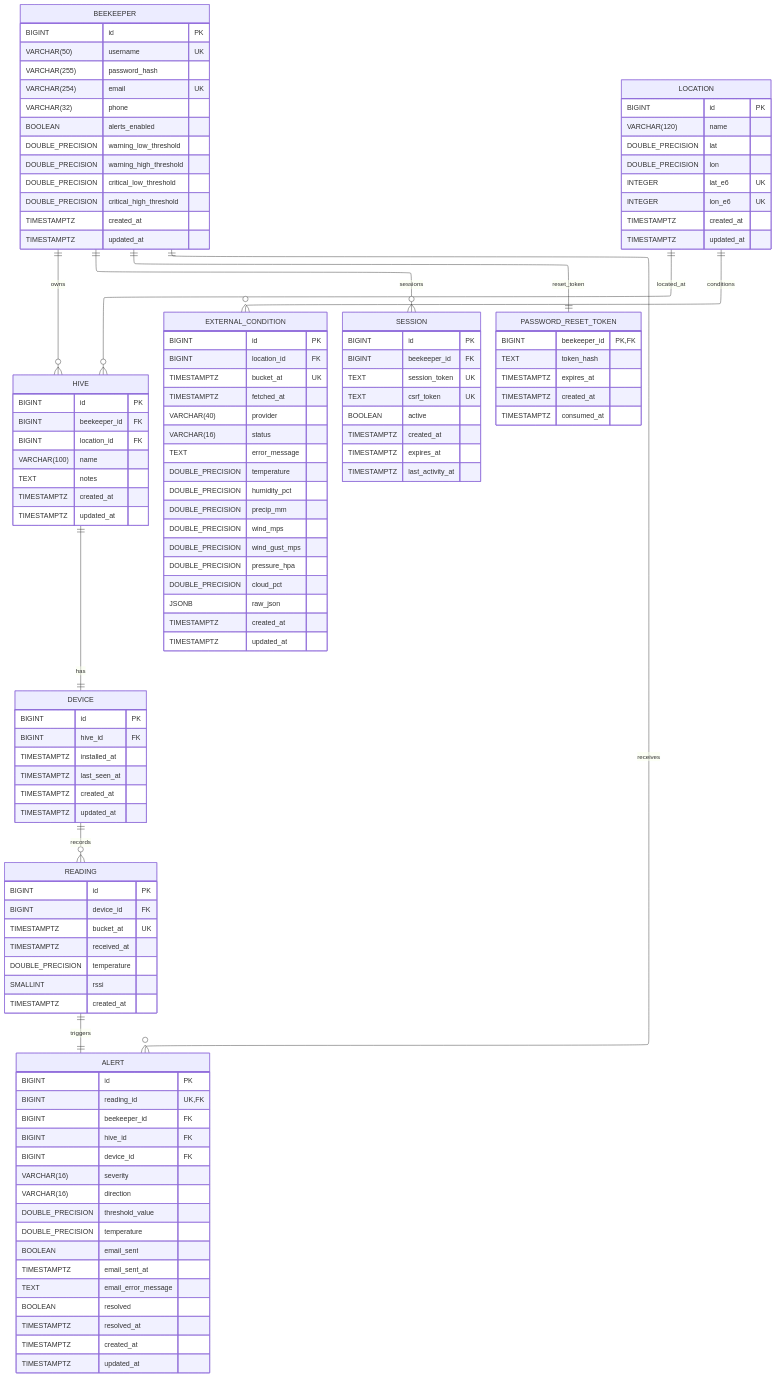
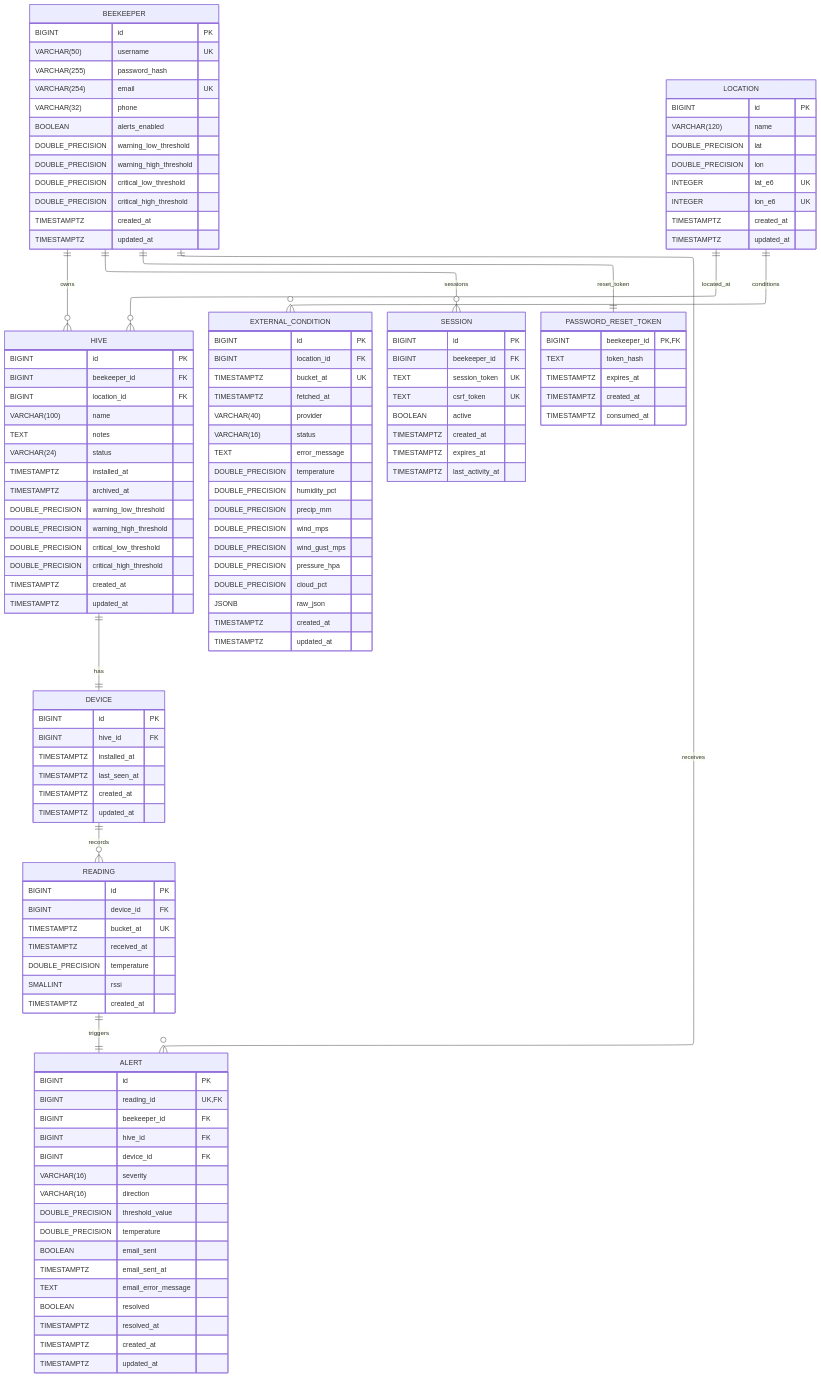
The diagram in backend/docs/er_diagram.mmd (austinjclifton/BeeKeepr), drawn with Mermaid before and after one commit. The commit also changed 104 other files, not shown here.

```diff
--- a/backend/docs/er_diagram.mmd
+++ b/backend/docs/er_diagram.mmd
@@ -1,128 +1,135 @@
 ---
 config:
   layout: elk
 ---
 erDiagram
 
   BEEKEEPER {
     BIGINT id PK
     VARCHAR(50) username UK
     VARCHAR(255) password_hash
     VARCHAR(254) email UK
     VARCHAR(32) phone
     BOOLEAN alerts_enabled
     DOUBLE_PRECISION warning_low_threshold
     DOUBLE_PRECISION warning_high_threshold
     DOUBLE_PRECISION critical_low_threshold
     DOUBLE_PRECISION critical_high_threshold
     TIMESTAMPTZ created_at
     TIMESTAMPTZ updated_at
   }
   ALERT {
     BIGINT id PK
     BIGINT reading_id UK, FK
     BIGINT beekeeper_id FK
     BIGINT hive_id FK
     BIGINT device_id FK
     VARCHAR(16) severity
     VARCHAR(16) direction
     DOUBLE_PRECISION threshold_value
     DOUBLE_PRECISION temperature
     BOOLEAN email_sent
     TIMESTAMPTZ email_sent_at
     TEXT email_error_message
     BOOLEAN resolved
     TIMESTAMPTZ resolved_at
     TIMESTAMPTZ created_at
     TIMESTAMPTZ updated_at
   }
 
   LOCATION {
     BIGINT id PK
     VARCHAR(120) name
     DOUBLE_PRECISION lat
     DOUBLE_PRECISION lon
     INTEGER lat_e6 UK
     INTEGER lon_e6 UK
     TIMESTAMPTZ created_at
     TIMESTAMPTZ updated_at
   }
 
   HIVE {
     BIGINT id PK
     BIGINT beekeeper_id FK
     BIGINT location_id FK
     VARCHAR(100) name
     TEXT notes
+    VARCHAR(24) status
+    TIMESTAMPTZ installed_at
+    TIMESTAMPTZ archived_at
+    DOUBLE_PRECISION warning_low_threshold
+    DOUBLE_PRECISION warning_high_threshold
+    DOUBLE_PRECISION critical_low_threshold
+    DOUBLE_PRECISION critical_high_threshold
     TIMESTAMPTZ created_at
     TIMESTAMPTZ updated_at
   }
 
   DEVICE {
     BIGINT id PK
     BIGINT hive_id FK
     TIMESTAMPTZ installed_at
     TIMESTAMPTZ last_seen_at
     TIMESTAMPTZ created_at
     TIMESTAMPTZ updated_at
   }
 
   READING {
     BIGINT id PK
     BIGINT device_id FK
     TIMESTAMPTZ bucket_at UK
     TIMESTAMPTZ received_at
     DOUBLE_PRECISION temperature
     SMALLINT rssi
     TIMESTAMPTZ created_at
   }
 
   EXTERNAL_CONDITION {
     BIGINT id PK
     BIGINT location_id FK
     TIMESTAMPTZ bucket_at UK
     TIMESTAMPTZ fetched_at
     VARCHAR(40) provider
     VARCHAR(16) status
     TEXT error_message
     DOUBLE_PRECISION temperature
     DOUBLE_PRECISION humidity_pct
     DOUBLE_PRECISION precip_mm
     DOUBLE_PRECISION wind_mps
     DOUBLE_PRECISION wind_gust_mps
     DOUBLE_PRECISION pressure_hpa
     DOUBLE_PRECISION cloud_pct
     JSONB raw_json
     TIMESTAMPTZ created_at
     TIMESTAMPTZ updated_at
   }
 
   SESSION {
     BIGINT id PK
     BIGINT beekeeper_id FK
     TEXT session_token UK
     TEXT csrf_token UK
     BOOLEAN active
     TIMESTAMPTZ created_at
     TIMESTAMPTZ expires_at
     TIMESTAMPTZ last_activity_at
   }
 
   PASSWORD_RESET_TOKEN {
     BIGINT beekeeper_id PK, FK
     TEXT token_hash
     TIMESTAMPTZ expires_at
     TIMESTAMPTZ created_at
     TIMESTAMPTZ consumed_at
   }
 
   BEEKEEPER ||--o{ HIVE : owns
   LOCATION  ||--o{ HIVE : located_at
   HIVE      ||--|| DEVICE : has
   DEVICE    ||--o{ READING : records
   LOCATION  ||--o{ EXTERNAL_CONDITION : conditions
   BEEKEEPER ||--o{ SESSION : sessions
   BEEKEEPER ||--|| PASSWORD_RESET_TOKEN : reset_token
 
   READING ||--|| ALERT : triggers
   BEEKEEPER ||--o{ ALERT : receives
```
